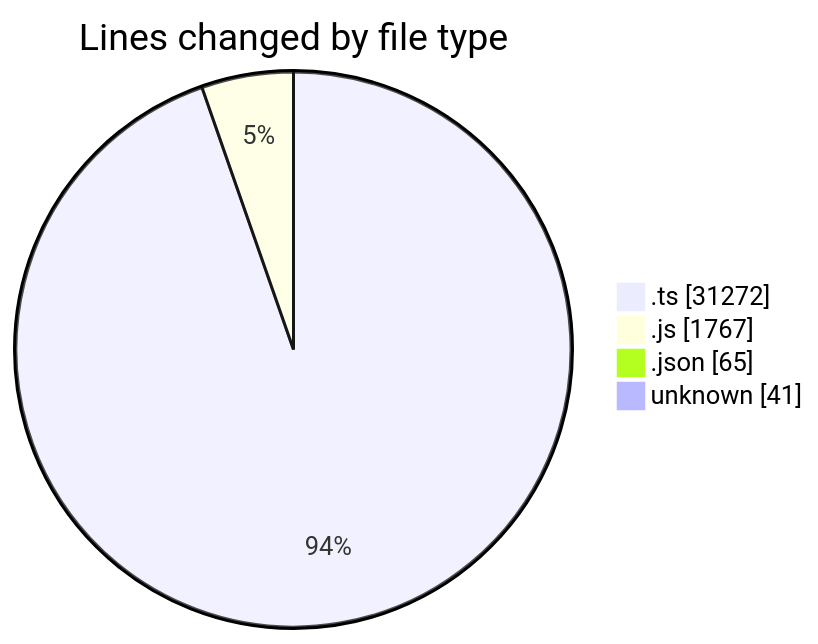
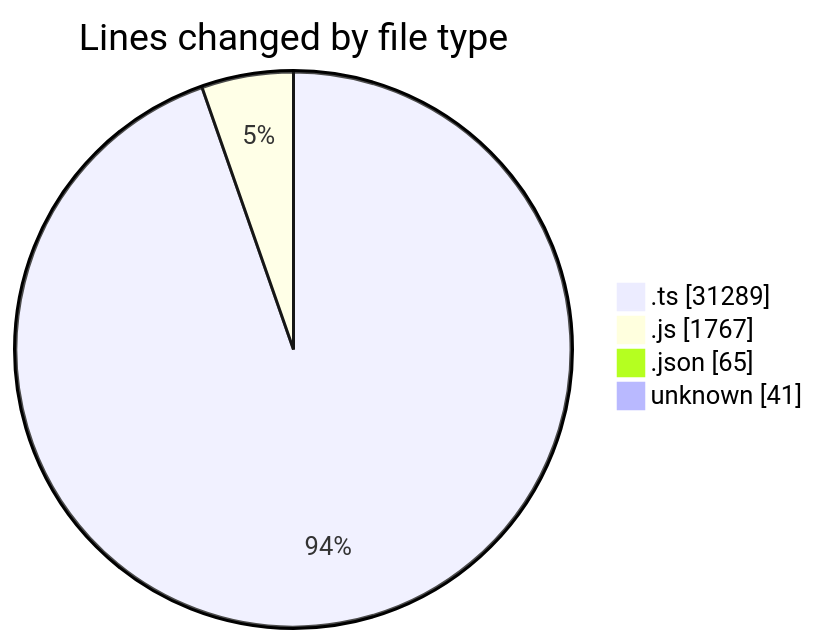
One commit to momahboobian/code-tracking changed the first of 2 diagrams in 2025-07-31/cda/README.md. Above: the diagram before and after it, drawn with Mermaid. The commit also changed other lines of this file and 1 other file, not shown here.

````diff
--- a/2025-07-31/cda/README.md
+++ b/2025-07-31/cda/README.md
@@ -26,8 +27,8 @@
 ```mermaid
 pie showData
 title Lines changed by file type
-".ts" : 31272
+".ts" : 31289
 ".js" : 1767
 ".json" : 65
 "unknown" : 41
 ```
````
